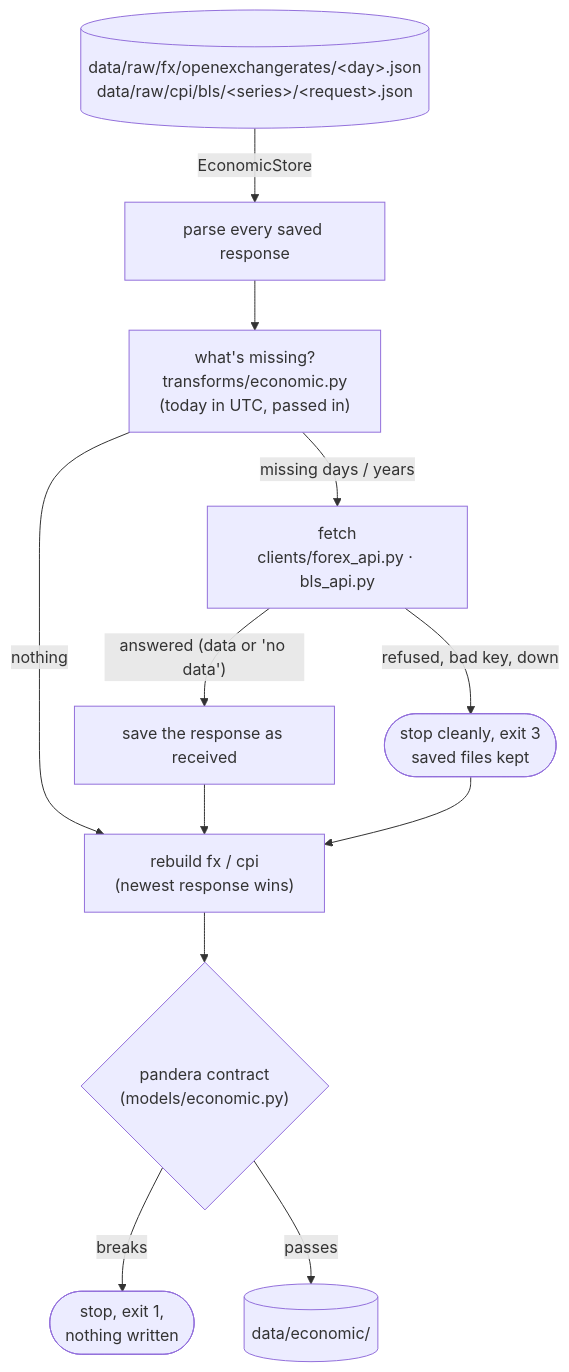
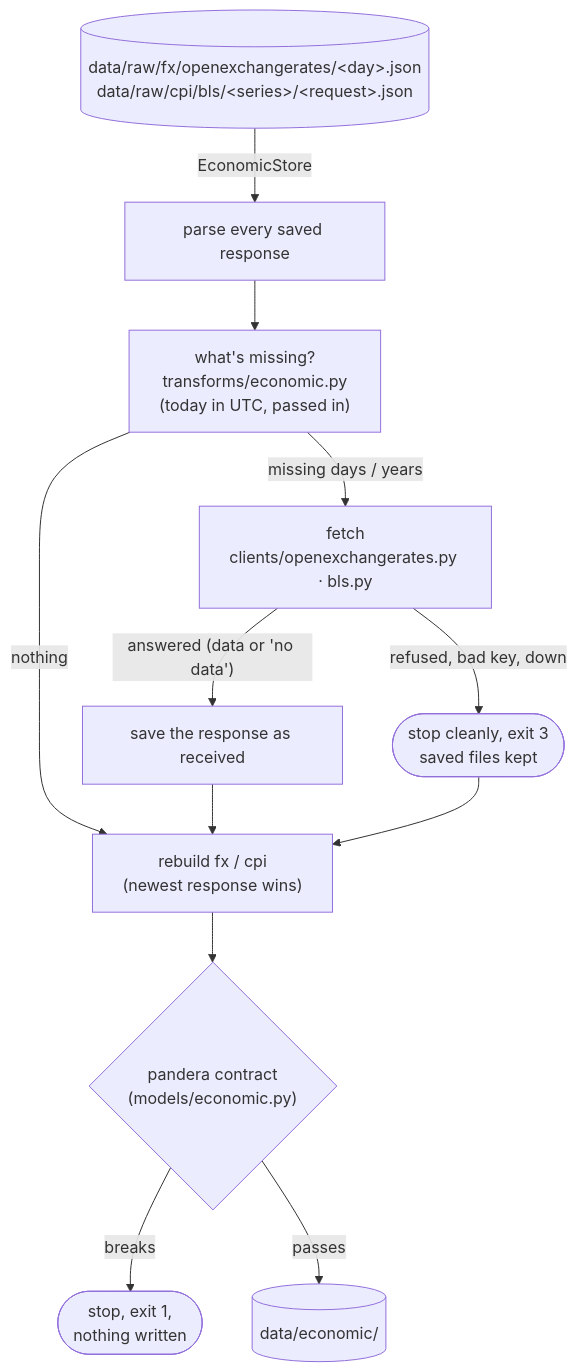
One commit to tynardone/coffee-review changed the sixth of 7 diagrams in docs/architecture.md. Above: the diagram before and after it, drawn with Mermaid. The commit also changed 21 other files, not shown here.

````diff
--- a/docs/architecture.md
+++ b/docs/architecture.md
@@ -187,14 +187,14 @@
 ```mermaid
 flowchart TD
     saved[("data/raw/fx/openexchangerates/&lt;day&gt;.json<br>data/raw/cpi/bls/&lt;series&gt;/&lt;request&gt;.json")] -->|EconomicStore| parse["parse every saved response"]
     parse --> plan["what's missing?<br>transforms/economic.py<br>(today in UTC, passed in)"]
     plan -->|nothing| rebuild
-    plan -->|"missing days / years"| fetch["fetch<br>clients/forex_api.py · bls_api.py"]
+    plan -->|"missing days / years"| fetch["fetch<br>clients/openexchangerates.py · bls.py"]
     fetch -->|"answered (data or 'no data')"| save["save the response as received"]
     save --> rebuild["rebuild fx / cpi<br>(newest response wins)"]
     fetch -->|"refused, bad key, down"| stop(["stop cleanly, exit 3<br>saved files kept"])
     stop --> rebuild
     rebuild --> contract{"pandera contract<br>(models/economic.py)"}
     contract -->|breaks| stop2(["stop, exit 1,<br>nothing written"])
     contract -->|passes| ref[("data/economic/")]
 ```
````
